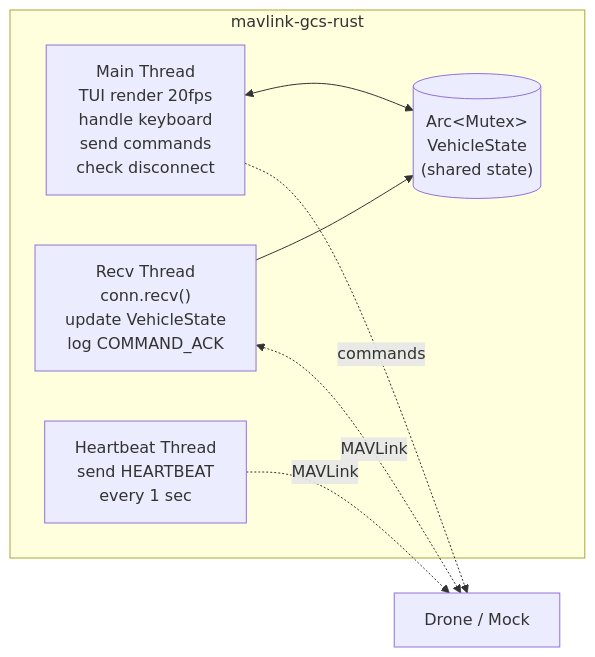
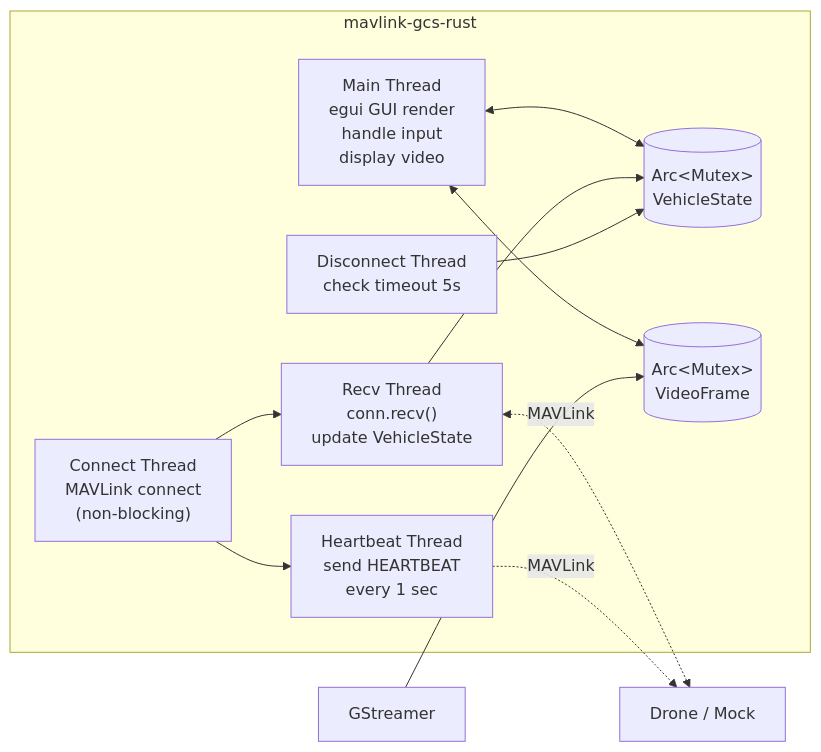
The second of 4 diagrams in README.md (porameht/mavlink-gcs-rust), drawn with Mermaid before and after one commit. The commit also changed other lines of this file and 9 other files, not shown here.

Commit message:
feat(gui): migrate tui to egui with video support

````diff
--- a/README.md
+++ b/README.md
@@ -107,15 +155,22 @@
 ```mermaid
 graph LR
     subgraph "mavlink-gcs-rust"
-        M["Main Thread<br/>TUI render 20fps<br/>handle keyboard<br/>send commands<br/>check disconnect"]
-        R["Recv Thread<br/>conn.recv()<br/>update VehicleState<br/>log COMMAND_ACK"]
+        M["Main Thread<br/>egui GUI render<br/>handle input<br/>display video"]
+        C["Connect Thread<br/>MAVLink connect<br/>(non-blocking)"]
+        R["Recv Thread<br/>conn.recv()<br/>update VehicleState"]
         H["Heartbeat Thread<br/>send HEARTBEAT<br/>every 1 sec"]
-        S[("Arc&lt;Mutex&gt;<br/>VehicleState<br/>(shared state)")]
+        D["Disconnect Thread<br/>check timeout 5s"]
+        S[("Arc&lt;Mutex&gt;<br/>VehicleState")]
+        V[("Arc&lt;Mutex&gt;<br/>VideoFrame")]
     end
 
     M <--> S
+    M <--> V
+    C --> R
+    C --> H
     R --> S
-    H -.-> |MAVLink| D["Drone / Mock"]
-    R <-.-> |MAVLink| D
-    M -.-> |commands| D
+    D --> S
+    GS["GStreamer"] --> V
+    R <-.-> |MAVLink| DR["Drone / Mock"]
+    H -.-> |MAVLink| DR
 ```
````
